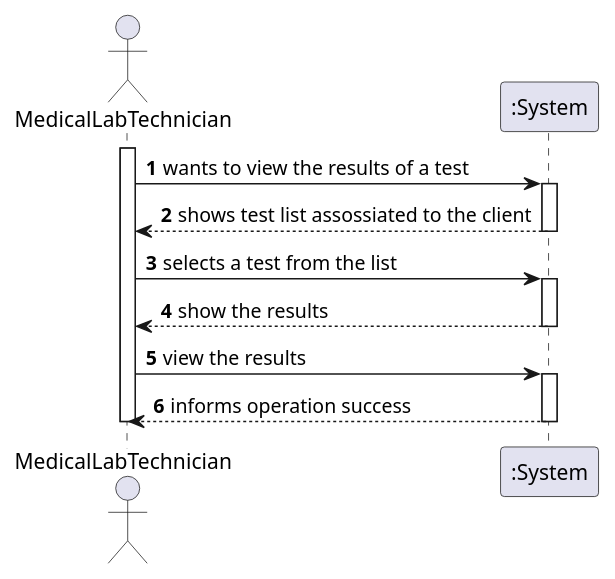
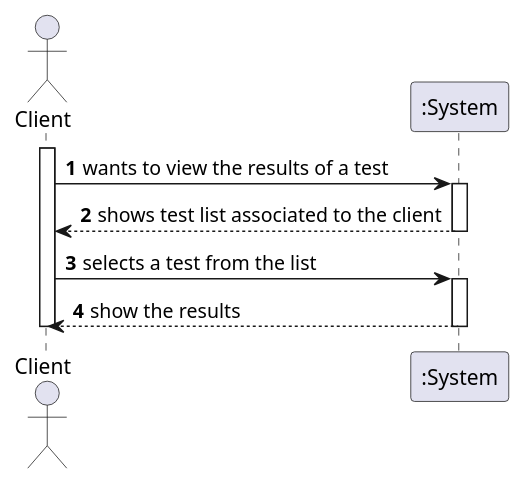
Before and after one commit to MarianaCLages/LAPR2: the diagram in docs/SprintD/US1/US1_SSD.puml, drawn with PlantUML. The commit also changed 6 other files, not shown here.

```diff
--- a/docs/SprintD/US1/US1_SSD.puml
+++ b/docs/SprintD/US1/US1_SSD.puml
@@ -1,21 +1,17 @@
 @startuml
 
 autonumber
-actor MedicalLabTechnician as MLT
+actor Client as C
 participant ":System" as S
-activate MLT
-MLT -> S: wants to view the results of a test
+activate C
+C -> S: wants to view the results of a test
 activate S
-S --> MLT: shows test list assossiated to the client
+S --> C: shows test list associated to the client
 deactivate S
-MLT -> S: selects a test from the list
+C -> S: selects a test from the list
 activate S
-S --> MLT: show the results
+S --> C: show the results
 deactivate S
 
-MLT -> S: view the results
-activate S
-S --> MLT: informs operation success
-deactivate S
-deactivate MLT
+deactivate C
 @enduml
```
